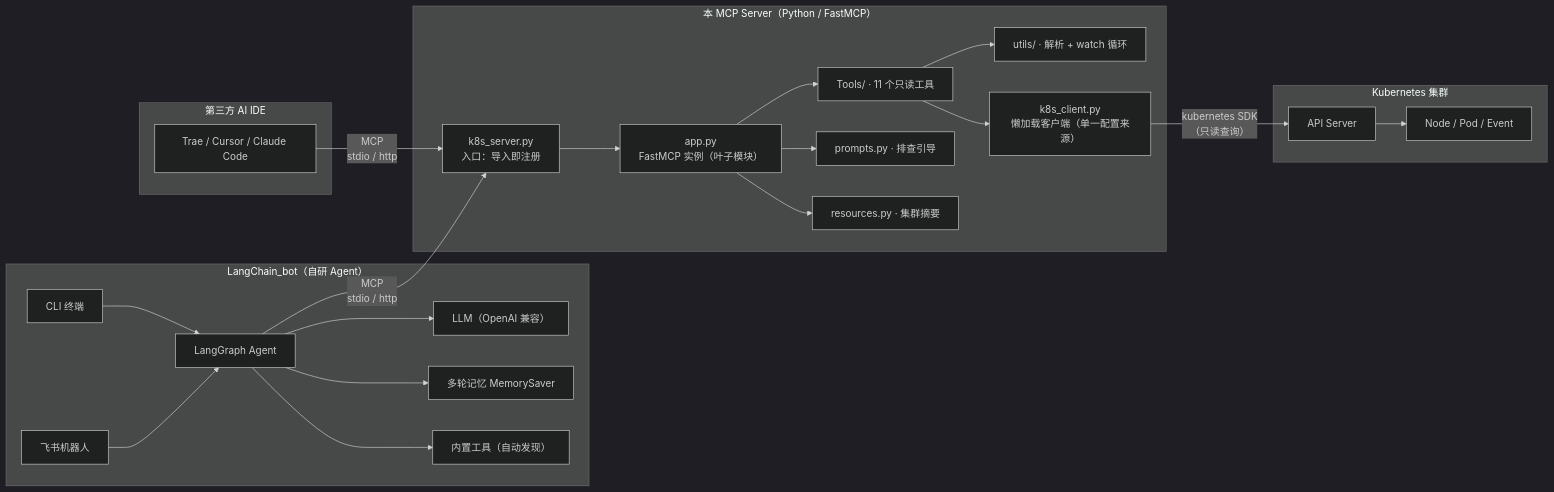
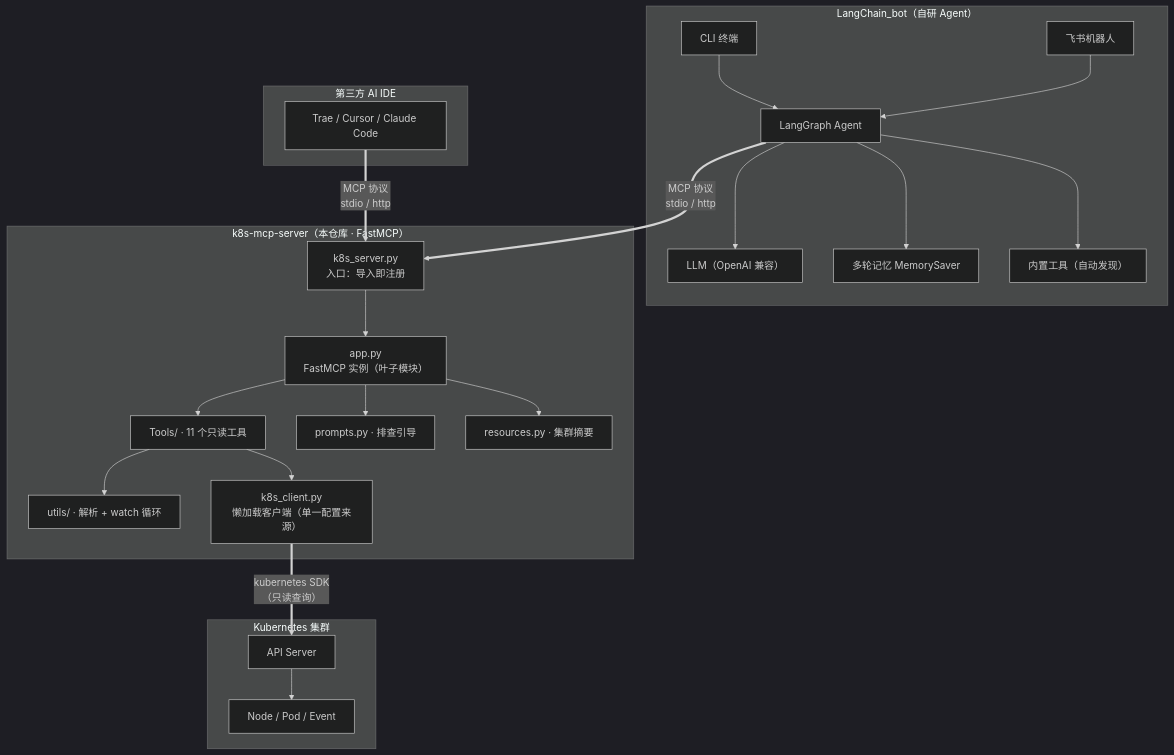
The diagram in README.md (zj-hub-coder/k8s-mcp-server), drawn with Mermaid (dark theme) before and after one commit.

Commit message:
架构图改为上下布局

````diff
--- a/README.md
+++ b/README.md
@@ -29,46 +29,40 @@
 ```mermaid
-flowchart LR
+flowchart TB
     subgraph LB["LangChain_bot（自研 Agent）"]
-        CLI["CLI 终端"]
-        Lark["飞书机器人"]
-        LG["LangGraph Agent"]
-        LLM["LLM（OpenAI 兼容）"]
-        Mem["多轮记忆 MemorySaver"]
-        Builtin["内置工具（自动发现）"]
+        CLI["CLI 终端"] --> LG["LangGraph Agent"]
+        Lark["飞书机器人"] --> LG
+        LG --> LLM["LLM（OpenAI 兼容）"]
+        LG --> Mem["多轮记忆 MemorySaver"]
+        LG --> Builtin["内置工具（自动发现）"]
     end
 
     subgraph IDE["第三方 AI IDE"]
         Trae["Trae / Cursor / Claude Code"]
     end
 
-    subgraph Server["本 MCP Server（Python / FastMCP）"]
+    subgraph Server["k8s-mcp-server（本仓库 · FastMCP）"]
         Entry["k8s_server.py<br/>入口：导入即注册"]
         App["app.py<br/>FastMCP 实例（叶子模块）"]
         Tools["Tools/ · 11 个只读工具"]
         Prompts["prompts.py · 排查引导"]
         Resources["resources.py · 集群摘要"]
         Utils["utils/ · 解析 + watch 循环"]
         KC["k8s_client.py<br/>懒加载客户端（单一配置来源）"]
     end
 
     subgraph Cluster["Kubernetes 集群"]
         API["API Server"]
         Obj["Node / Pod / Event"]
     end
 
-    CLI --> LG
-    Lark --> LG
-    LG --> LLM
-    LG --> Mem
-    LG --> Builtin
-    LG -->|"MCP<br/>stdio / http"| Entry
-    Trae -->|"MCP<br/>stdio / http"| Entry
+    LG ==>|"MCP 协议<br/>stdio / http"| Entry
+    Trae ==>|"MCP 协议<br/>stdio / http"| Entry
     Entry --> App
     App --> Tools
     App --> Prompts
     App --> Resources
     Tools --> Utils
     Tools --> KC
-    KC -->|"kubernetes SDK<br/>（只读查询）"| API
+    KC ==>|"kubernetes SDK<br/>（只读查询）"| API
     API --> Obj
 ```
````
